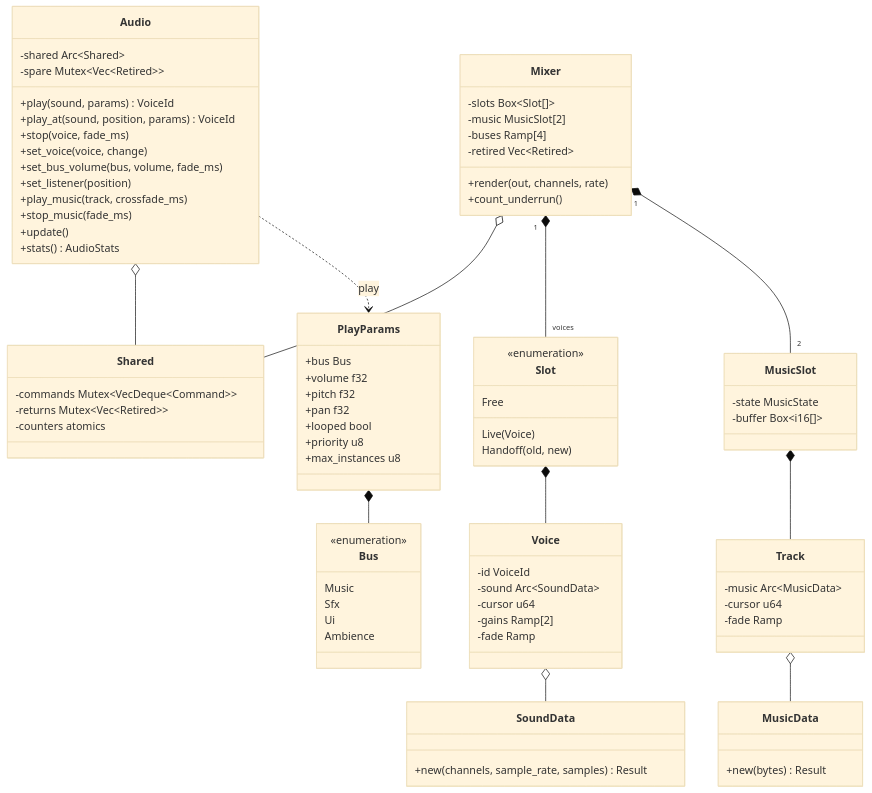
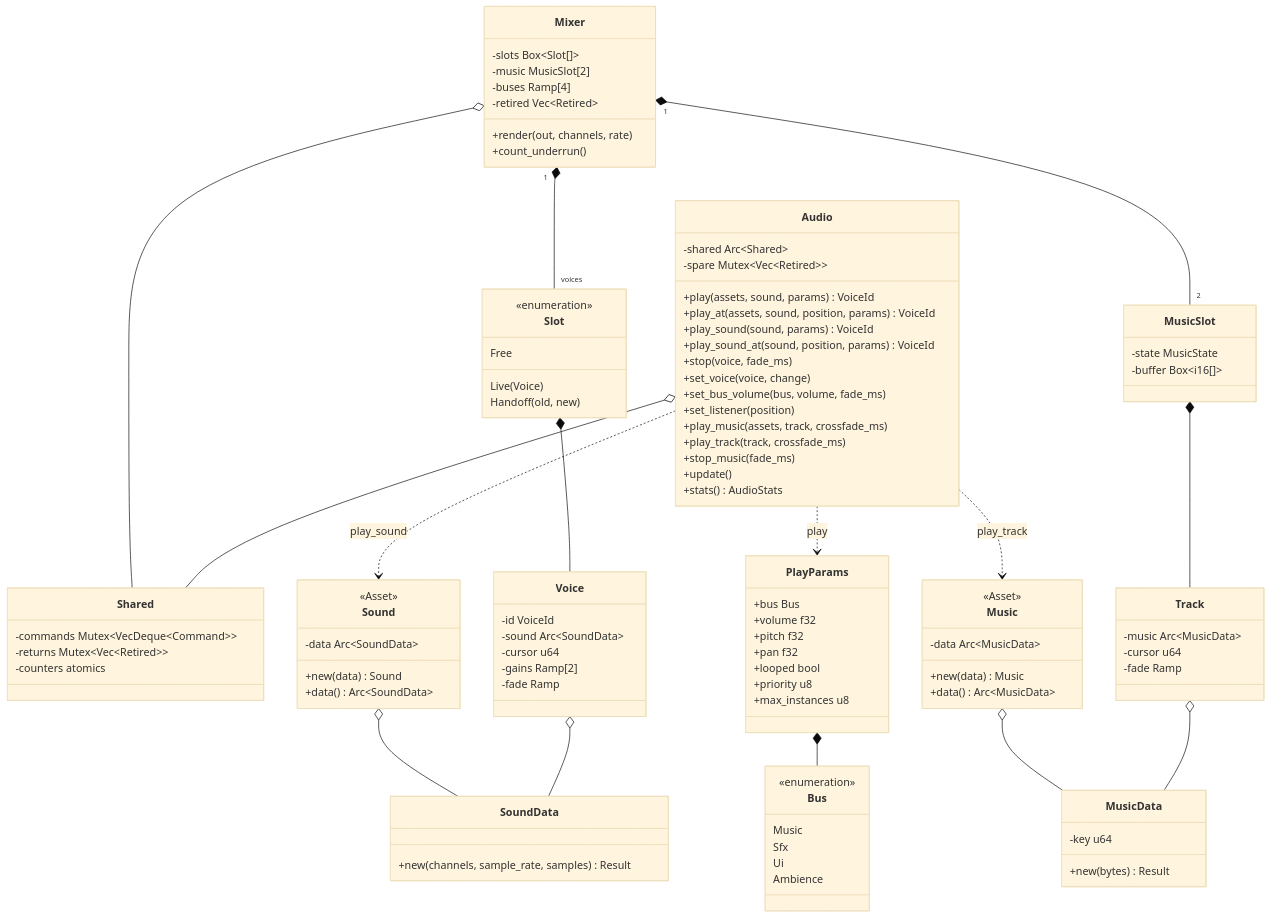
One commit to jabbott-iii/Nadir changed diagram 22 of 29 in diagrams/class-diagram.md. Above: the diagram before and after it, drawn with Mermaid (base theme). The commit also changed other lines of this file and 40 other files, not shown here.

````diff
--- a/diagrams/class-diagram.md
+++ b/diagrams/class-diagram.md
@@ -1655,13 +1660,16 @@
     class Audio {
         -shared Arc~Shared~
         -spare Mutex~Vec~Retired~~
-        +play(sound, params) VoiceId
-        +play_at(sound, position, params) VoiceId
+        +play(assets, sound, params) VoiceId
+        +play_at(assets, sound, position, params) VoiceId
+        +play_sound(sound, params) VoiceId
+        +play_sound_at(sound, position, params) VoiceId
         +stop(voice, fade_ms)
         +set_voice(voice, change)
         +set_bus_volume(bus, volume, fade_ms)
         +set_listener(position)
-        +play_music(track, crossfade_ms)
+        +play_music(assets, track, crossfade_ms)
+        +play_track(track, crossfade_ms)
         +stop_music(fade_ms)
         +update()
         +stats() AudioStats
@@ -1701,10 +1709,23 @@
         -cursor u64
         -fade Ramp
     }
+    class Sound {
+        <<Asset>>
+        -data Arc~SoundData~
+        +new(data) Sound
+        +data() Arc~SoundData~
+    }
+    class Music {
+        <<Asset>>
+        -data Arc~MusicData~
+        +new(data) Music
+        +data() Arc~MusicData~
+    }
     class SoundData {
         +new(channels, sample_rate, samples) Result
     }
     class MusicData {
+        -key u64
         +new(bytes) Result
     }
     class PlayParams {
@@ -1731,6 +1752,10 @@
     MusicSlot *-- Track
     Voice o-- SoundData
     Track o-- MusicData
+    Sound o-- SoundData
+    Music o-- MusicData
+    Audio ..> Sound : play_sound
+    Audio ..> Music : play_track
     Audio ..> PlayParams : play
     PlayParams *-- Bus
 ```
````
